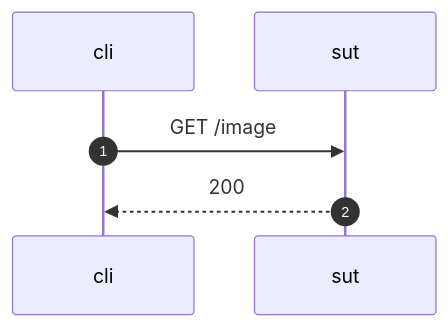
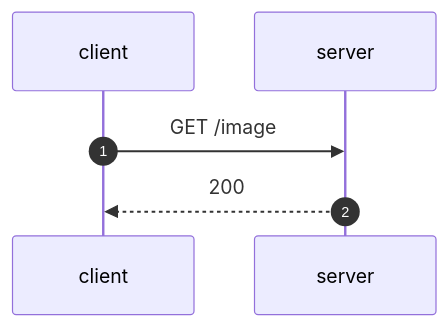
The diagram in doc/markdow_report.md (nao1215/spectest), drawn with Mermaid before and after one commit. The commit also changed other lines of this file and 8 other files, not shown here.

````diff
--- a/doc/markdow_report.md
+++ b/doc/markdow_report.md
@@ -4,6 +4,6 @@
 ```mermaid
 sequenceDiagram
     autonumber
-    cli->>sut: GET /image
-    sut-->>cli: 200
+    client->>server: GET /image
+    server-->>client: 200
 ```
````
